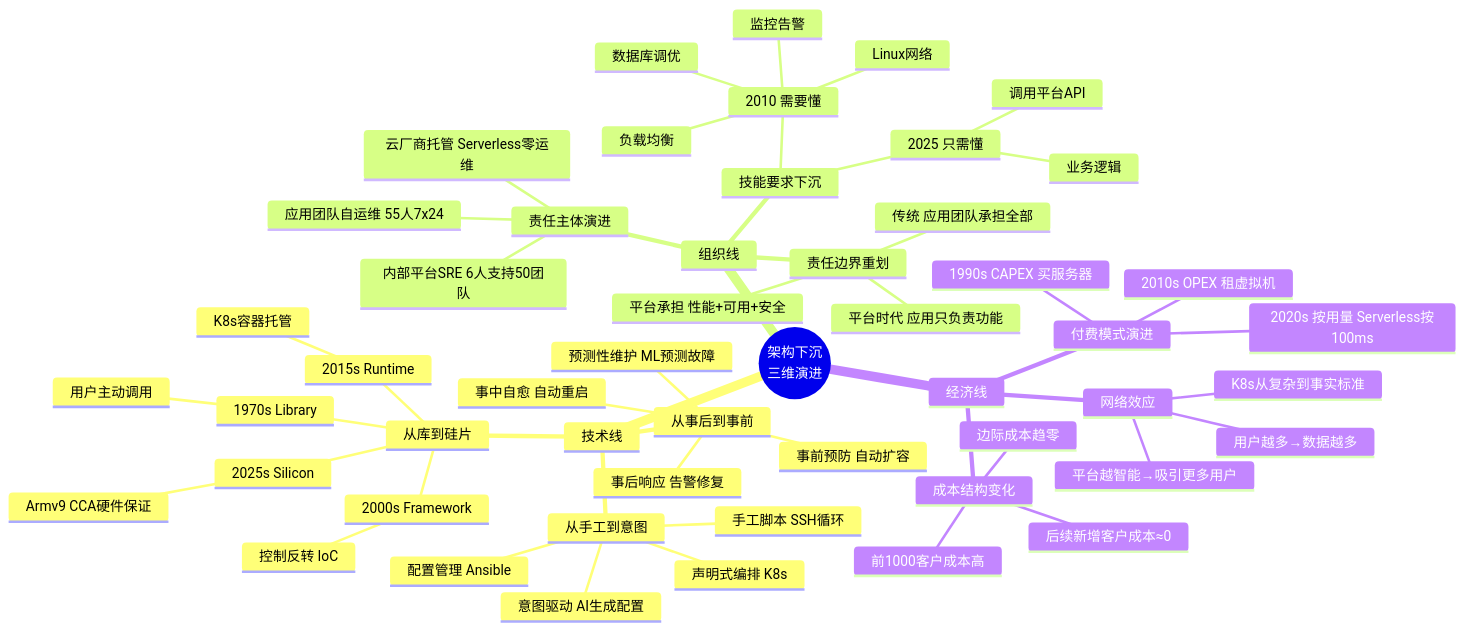
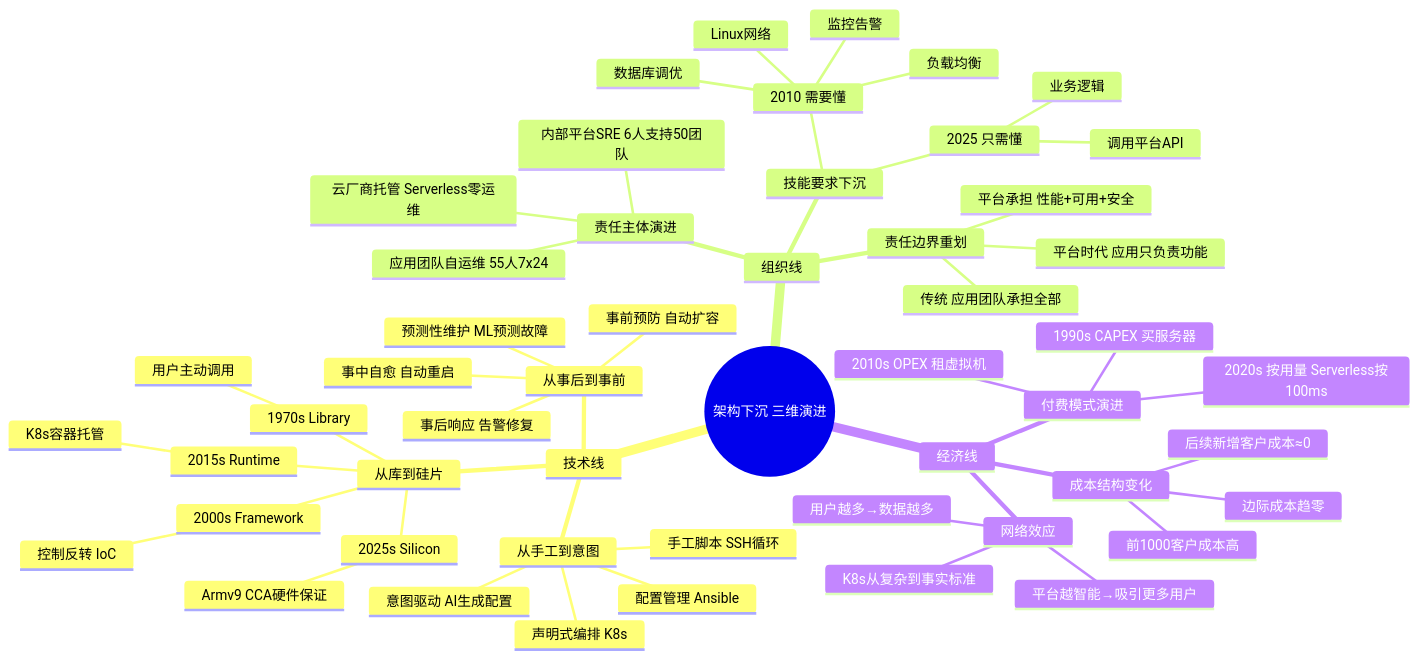
Before and after one commit to AdaMartin18010/FormalScience: the third of 5 diagrams in Concept/Software_Perspective/02_Architecture_Sink/02.1_Sink_Principles_Drivers.md, drawn with Mermaid. The commit also changed other lines of this file and 9 other files, not shown here.

````diff
--- a/Concept/Software_Perspective/02_Architecture_Sink/02.1_Sink_Principles_Drivers.md
+++ b/Concept/Software_Perspective/02_Architecture_Sink/02.1_Sink_Principles_Drivers.md
@@ -211,55 +211,55 @@
 ```mermaid
 mindmap
-  root((架构下沉<br/>三维演进))
+  root((架构下沉 三维演进))
     技术线
       从库到硅片
         1970s Library
           用户主动调用
         2000s Framework
           控制反转 IoC
         2015s Runtime
           K8s容器托管
         2025s Silicon
           Armv9 CCA硬件保证
       从手工到意图
         手工脚本 SSH循环
         配置管理 Ansible
         声明式编排 K8s
         意图驱动 AI生成配置
       从事后到事前
         事后响应 告警修复
         事中自愈 自动重启
         事前预防 自动扩容
         预测性维护 ML预测故障
     组织线
       责任主体演进
         应用团队自运维 55人7x24
         内部平台SRE 6人支持50团队
         云厂商托管 Serverless零运维
       技能要求下沉
         2010 需要懂
           Linux网络
           数据库调优
           负载均衡
           监控告警
         2025 只需懂
           业务逻辑
           调用平台API
       责任边界重划
         传统 应用团队承担全部
         平台时代 应用只负责功能
         平台承担 性能+可用+安全
     经济线
       付费模式演进
         1990s CAPEX 买服务器
         2010s OPEX 租虚拟机
         2020s 按用量 Serverless按100ms
       成本结构变化
         边际成本趋零
         前1000客户成本高
         后续新增客户成本≈0
       网络效应
         用户越多→数据越多
         平台越智能→吸引更多用户
         K8s从复杂到事实标准
 ```
````
